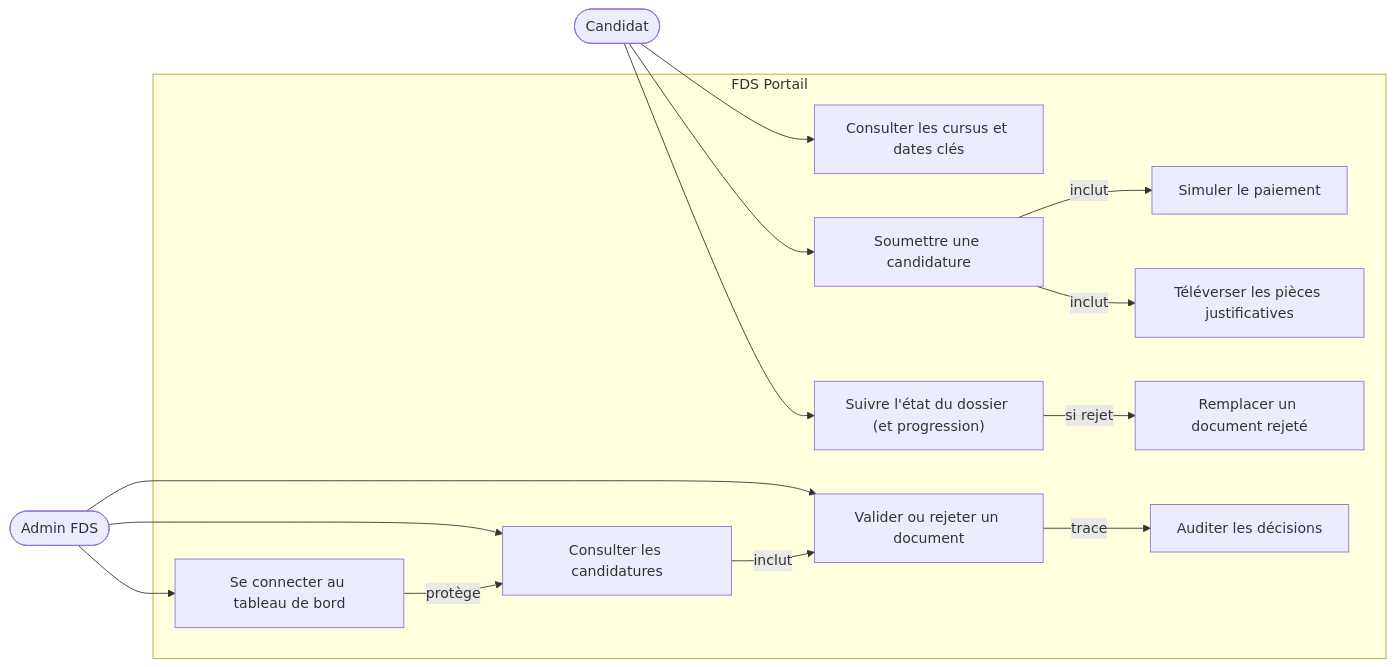
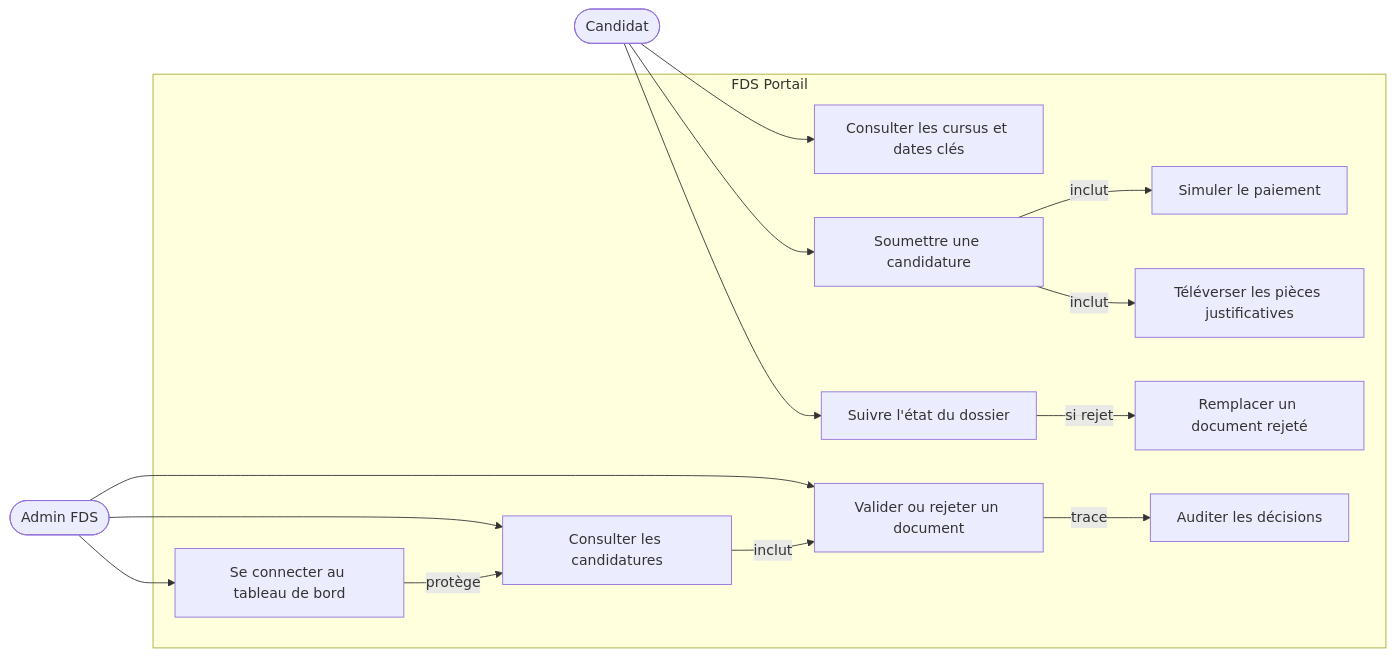
One commit to Paro-fds/bravetech changed the first of 4 diagrams in cahier_des_charges.md. Above: the diagram before and after it, drawn with Mermaid. The commit also changed other lines of this file and 11 other files, not shown here.

````diff
--- a/cahier_des_charges.md
+++ b/cahier_des_charges.md
@@ -189,35 +144,35 @@
 ```mermaid
 flowchart LR
     Candidat(["Candidat"])
     Admin(["Admin FDS"])
 
     subgraph Portail["FDS Portail"]
         UC1["Consulter les cursus et dates clés"]
         UC2["Soumettre une candidature"]
         UC3["Simuler le paiement"]
         UC4["Téléverser les pièces justificatives"]
-        UC5["Suivre l'état du dossier (et progression)"]
+        UC5["Suivre l'état du dossier"]
         UC6["Remplacer un document rejeté"]
 
         UC7["Se connecter au tableau de bord"]
         UC8["Consulter les candidatures"]
         UC9["Valider ou rejeter un document"]
         UC10["Auditer les décisions"]
     end
 
     Candidat --> UC1
     Candidat --> UC2
     Candidat --> UC5
 
     UC2 -->|inclut| UC3
     UC2 -->|inclut| UC4
     UC5 -->|si rejet| UC6
 
     Admin --> UC7
     Admin --> UC8
     Admin --> UC9
 
     UC7 -->|protège| UC8
     UC8 -->|inclut| UC9
     UC9 -->|trace| UC10
 ```
````
